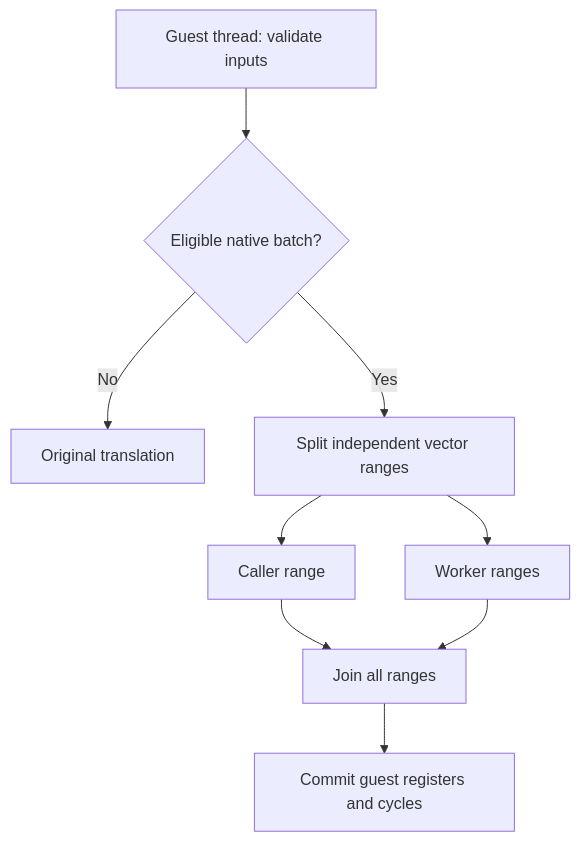
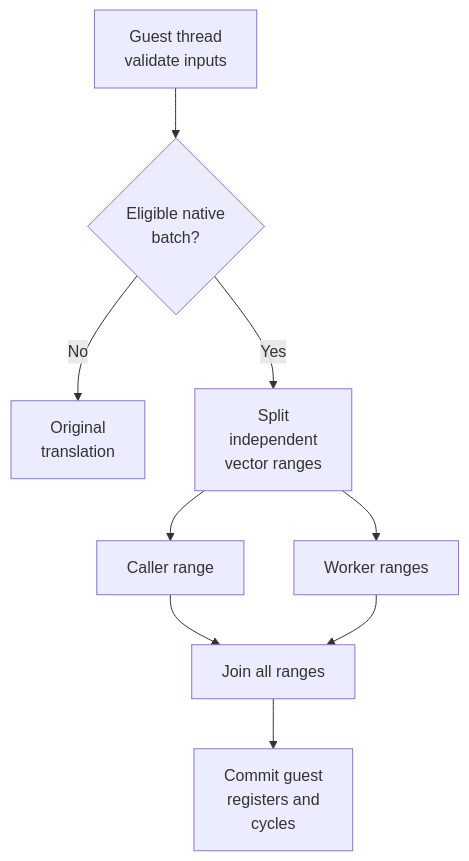
The first of 2 diagrams in docs/planning/2026-10-18-gamethread-integtests/TECH_PLAN.md (irregularthanis/bluewake), drawn with Mermaid before and after one commit. The commit also changed other lines of this file, not shown here.

Commit message:
Wrap game-thread planning diagrams

````diff
--- a/docs/planning/2026-10-18-gamethread-integtests/TECH_PLAN.md
+++ b/docs/planning/2026-10-18-gamethread-integtests/TECH_PLAN.md
@@ -21,11 +21,11 @@
 ```mermaid
 flowchart TD
-    G["Guest thread: validate inputs"] --> E{"Eligible native batch?"}
-    E -->|No| T["Original translation"]
-    E -->|Yes| S["Split independent vector ranges"]
+    G["Guest thread<br>validate inputs"] --> E{"Eligible native<br>batch?"}
+    E -->|No| T["Original<br>translation"]
+    E -->|Yes| S["Split<br>independent<br>vector ranges"]
     S --> C["Caller range"]
     S --> W["Worker ranges"]
     C --> J["Join all ranges"]
     W --> J
-    J --> R["Commit guest registers and cycles"]
+    J --> R["Commit guest<br>registers and<br>cycles"]
 ```
````
